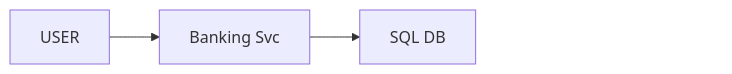
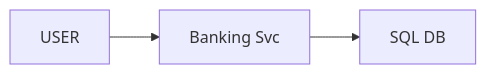
One commit to ArpanMaheshwari144/Prep changed the first of 13 diagrams in 04_HLD/SYSTEM_DESIGNS/13_banking_system/13_banking_system.md. Above: the diagram before and after it, drawn with Mermaid. The commit also changed other lines of this file and 182 other files, not shown here.

Commit message:
hld 14 file: har diagram mermaid-cli se SVG image (source details me), n_pad hataya, render tool 04_HLD/tools

````diff
--- a/04_HLD/SYSTEM_DESIGNS/13_banking_system/13_banking_system.md
+++ b/04_HLD/SYSTEM_DESIGNS/13_banking_system/13_banking_system.md
@@ -85,12 +85,9 @@
 ```mermaid
 %%{init: {"flowchart": {"wrappingWidth": 450}}}%%
 flowchart LR
     n_USER["USER"]
     n_SVC["Banking Svc"]
     n_DB["SQL DB"]
     n_USER --> n_SVC
     n_SVC --> n_DB
-    n_pad["xxxxxxxxxxxxxxxx"]
-    n_DB ~~~ n_pad
-    style n_pad fill:none,stroke:none,color:#ffffff00
 ```
````
